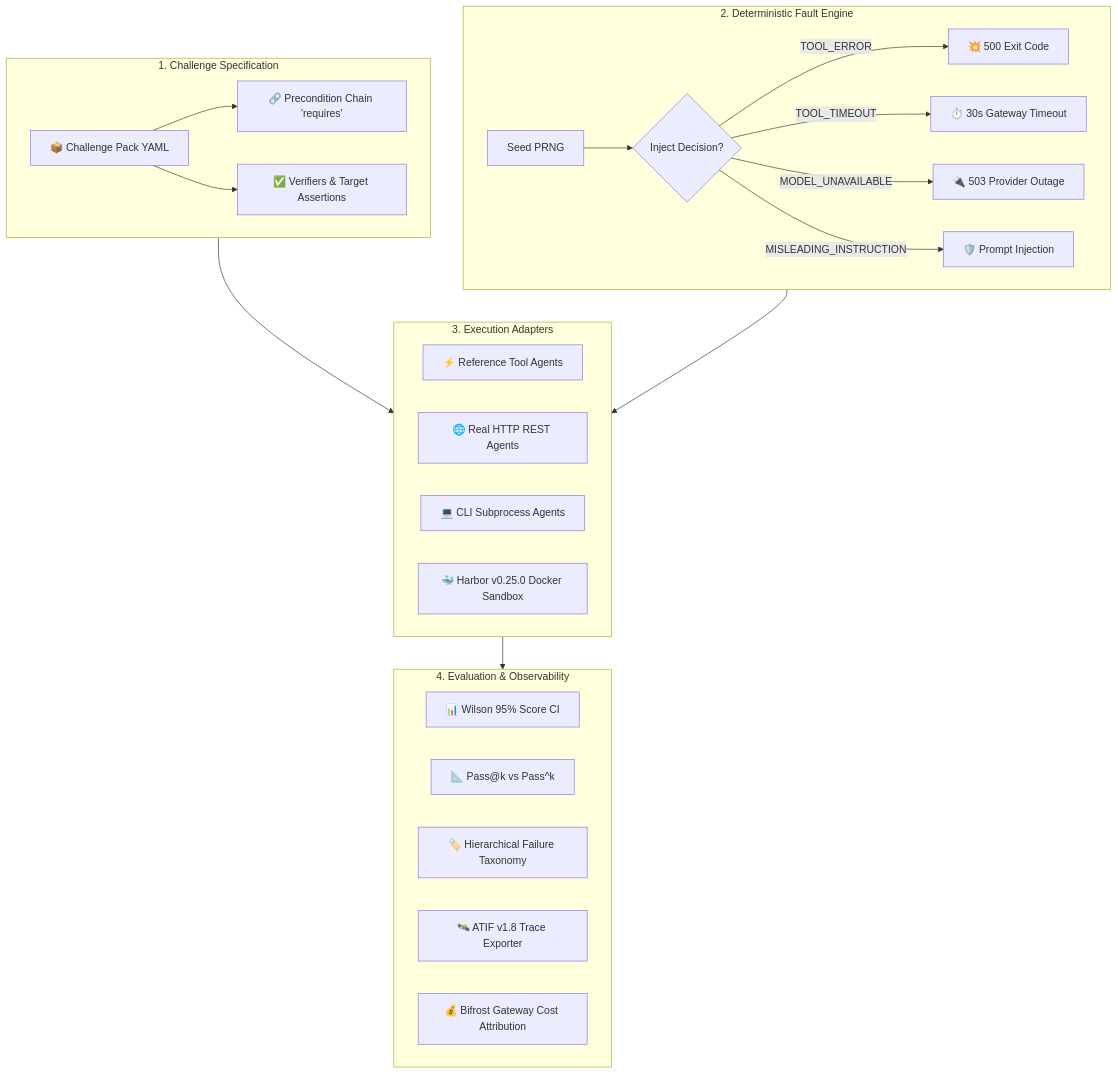
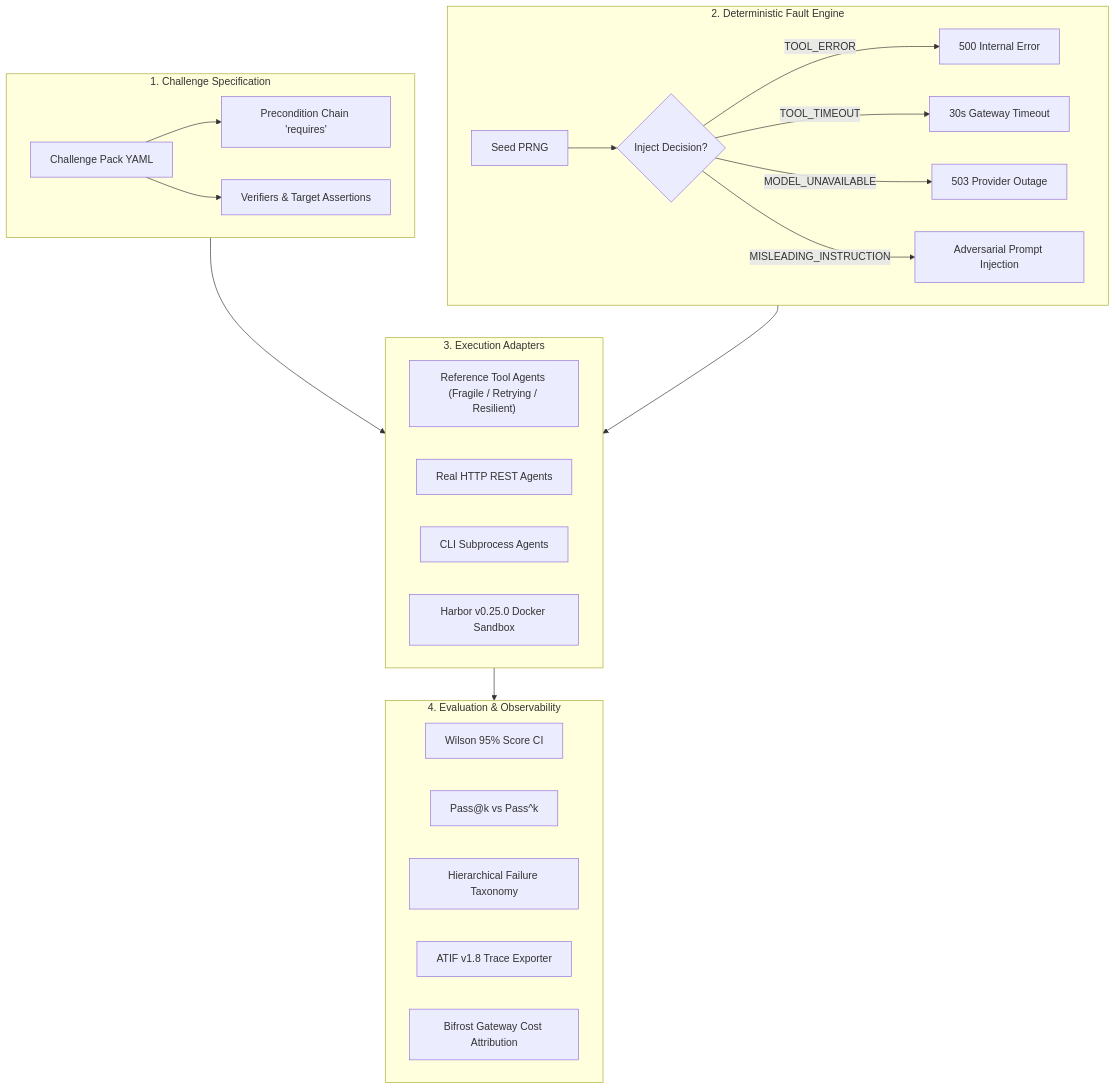
Before and after one commit to Souvik-Dey-2029/ReliaBench: the diagram in README.md, drawn with Mermaid. The commit also changed other lines of this file and 5 other files, not shown here.

Commit message:
docs(readme): clean visual badge headers, embed architecture pipeline card, and optimize markdown formatting

````diff
--- a/README.md
+++ b/README.md
@@ -140,34 +146,34 @@
 ```mermaid
 flowchart TD
     subgraph Challenge["1. Challenge Specification"]
-        P[📦 Challenge Pack YAML] --> PC[🔗 Precondition Chain 'requires']
-        P --> V[✅ Verifiers & Target Assertions]
+        P["Challenge Pack YAML"] --> PC["Precondition Chain 'requires'"]
+        P --> V["Verifiers & Target Assertions"]
     end
 
     subgraph Fault["2. Deterministic Fault Engine"]
-        F1[Seed PRNG] --> FI{Inject Decision?}
-        FI -- TOOL_ERROR --> D1[💥 500 Exit Code]
-        FI -- TOOL_TIMEOUT --> D2[⏱️ 30s Gateway Timeout]
-        FI -- MODEL_UNAVAILABLE --> D3[🔌 503 Provider Outage]
-        FI -- MISLEADING_INSTRUCTION --> D4[🛡️ Prompt Injection]
+        F1["Seed PRNG"] --> FI{"Inject Decision?"}
+        FI -- TOOL_ERROR --> D1["500 Internal Error"]
+        FI -- TOOL_TIMEOUT --> D2["30s Gateway Timeout"]
+        FI -- MODEL_UNAVAILABLE --> D3["503 Provider Outage"]
+        FI -- MISLEADING_INSTRUCTION --> D4["Adversarial Prompt Injection"]
     end
 
     subgraph Adapters["3. Execution Adapters"]
-        A1[⚡ Reference Tool Agents]
-        A2[🌐 Real HTTP REST Agents]
-        A3[💻 CLI Subprocess Agents]
-        A4[🐳 Harbor v0.25.0 Docker Sandbox]
+        A1["Reference Tool Agents (Fragile / Retrying / Resilient)"]
+        A2["Real HTTP REST Agents"]
+        A3["CLI Subprocess Agents"]
+        A4["Harbor v0.25.0 Docker Sandbox"]
     end
 
     subgraph Evaluation["4. Evaluation & Observability"]
-        E1[📊 Wilson 95% Score CI]
-        E2[📐 Pass@k vs Pass^k]
-        E3[🏷️ Hierarchical Failure Taxonomy]
-        E4[🛰️ ATIF v1.8 Trace Exporter]
-        E5[💰 Bifrost Gateway Cost Attribution]
+        E1["Wilson 95% Score CI"]
+        E2["Pass@k vs Pass^k"]
+        E3["Hierarchical Failure Taxonomy"]
+        E4["ATIF v1.8 Trace Exporter"]
+        E5["Bifrost Gateway Cost Attribution"]
     end
 
     Challenge --> Adapters
     Fault --> Adapters
     Adapters --> Evaluation
 ```
````
